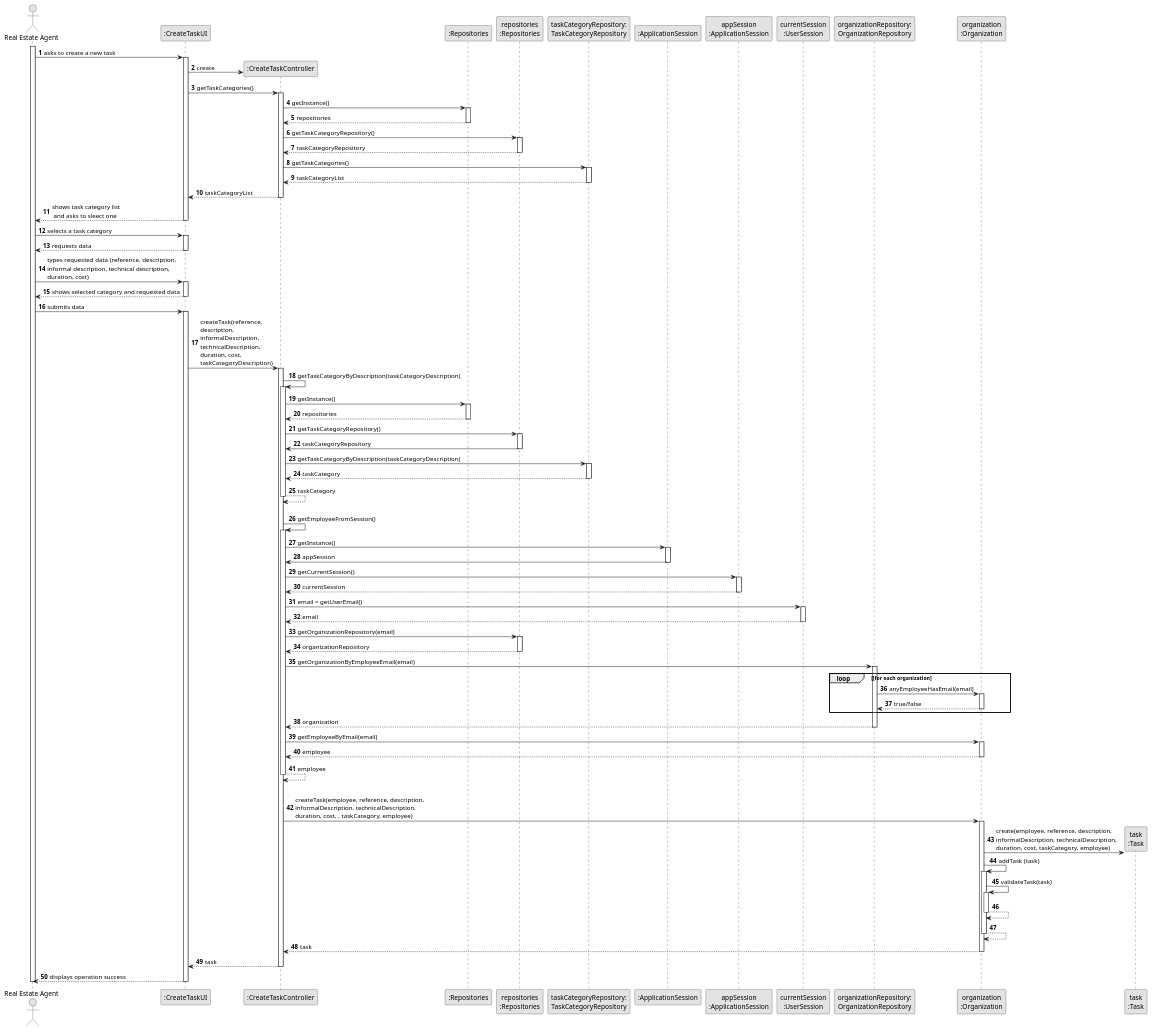
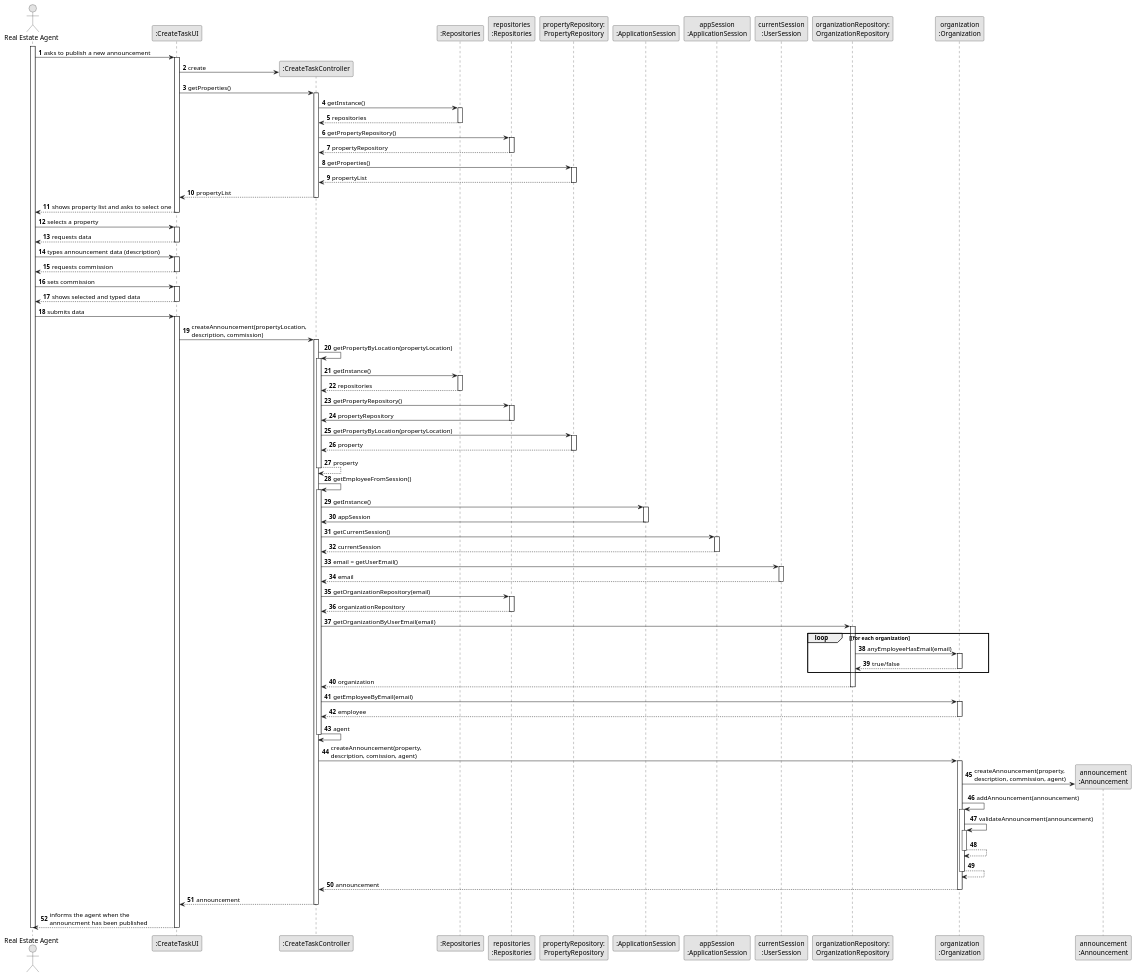
Before and after one commit to Rodrick0209/ISEP-LAPR2-22-23: the diagram in docs/Sprint-B/US002/03.design/puml/us002-sequence-diagram-full.puml, drawn with PlantUML. The commit also changed 59 other files, not shown here.

```diff
--- a/docs/Sprint-B/US002/03.design/puml/us002-sequence-diagram-full.puml
+++ b/docs/Sprint-B/US002/03.design/puml/us002-sequence-diagram-full.puml
@@ -1,180 +1,176 @@
 @startuml
 skinparam monochrome true
 skinparam packageStyle rectangle
 skinparam shadowing false
 
 autonumber
 
 'hide footbox
 actor "Real Estate Agent" as ADM
 participant ":CreateTaskUI" as UI
 participant ":CreateTaskController" as CTRL
 participant ":Repositories" as RepositorySingleton
 participant "repositories\n:Repositories" as PLAT
-participant "taskCategoryRepository:\nTaskCategoryRepository" as TaskCategoryRepository
+participant "propertyRepository:\nPropertyRepository" as PropertyRepository
 participant ":ApplicationSession" as _APP
 participant "appSession\n:ApplicationSession" as APP
 participant "currentSession\n:UserSession" as SESSAO
 participant "organizationRepository:\nOrganizationRepository" as OrganizationRepository
 participant "organization\n:Organization" as ORG
-participant "task\n:Task" as TAREFA
+participant "announcement\n:Announcement" as ANNOUNCE
 
 activate ADM
 
-        ADM -> UI : asks to create a new task
+    ADM -> UI : asks to publish a new announcement
 
-        activate UI
+    activate UI
 
-'            UI --> ADM : requests data (reference, description,  informal \n description, technical description, duration, cost)
-            'create CTRL
-            UI -> CTRL** : create
+        UI -> CTRL** : create
+        UI -> CTRL : getProperties()
+        activate CTRL
+                    CTRL -> RepositorySingleton : getInstance()
+                    activate RepositorySingleton
 
-            UI -> CTRL : getTaskCategories()
-            activate CTRL
+                        RepositorySingleton --> CTRL: repositories
+                    deactivate RepositorySingleton
 
-                CTRL -> RepositorySingleton : getInstance()
-                activate RepositorySingleton
+                    CTRL -> PLAT : getPropertyRepository()
+                    activate PLAT
 
-                    RepositorySingleton --> CTRL: repositories
-                deactivate RepositorySingleton
+                        PLAT --> CTRL: propertyRepository
+                    deactivate PLAT
 
-                CTRL -> PLAT : getTaskCategoryRepository()
-                activate PLAT
+                    CTRL -> PropertyRepository : getProperties()
+                    activate PropertyRepository
 
-                    PLAT --> CTRL: taskCategoryRepository
-                deactivate PLAT
+                        PropertyRepository --> CTRL : propertyList
+                    deactivate PropertyRepository
 
-                CTRL -> TaskCategoryRepository : getTaskCategories()
-                activate TaskCategoryRepository
+            CTRL --> UI : propertyList
+        deactivate CTRL
 
-                    TaskCategoryRepository --> CTRL : taskCategoryList
-                deactivate TaskCategoryRepository
+        UI --> ADM : shows property list and asks to select one
+    deactivate UI
 
-                CTRL --> UI : taskCategoryList
-            deactivate CTRL
-
-            UI --> ADM : shows task category list\n and asks to sleect one
-        deactivate UI
-
-    ADM -> UI : selects a task category
+    ADM -> UI : selects a property
     activate UI
 
         UI --> ADM : requests data
     deactivate UI
 
-    ADM -> UI : types requested data (reference, description, \ninformal description, technical description,\nduration, cost)
+    ADM -> UI : types announcement data (description)
     activate UI
 
-        UI --> ADM : shows selected category and requested data
+        UI --> ADM : requests commission
     deactivate UI
+
+    ADM -> UI : sets commission
+    activate UI
+
+        UI ---> ADM : shows selected and typed data
+        deactivate UI
 
     ADM -> UI : submits data
     activate UI
 
-        UI -> CTRL : createTask(reference,\ndescription,\ninformalDescription,\ntechnicalDescription,\nduration, cost,\ntaskCategoryDescription)
+        UI -> CTRL : createAnnouncement(propertyLocation, \ndescription, commission)
         activate CTRL
 
-            CTRL -> CTRL : getTaskCategoryByDescription(taskCategoryDescription)
+            CTRL -> CTRL : getPropertyByLocation(propertyLocation)
             activate CTRL
 
-                CTRL -> RepositorySingleton : getInstance()
-                activate RepositorySingleton
+               CTRL -> RepositorySingleton : getInstance()
+               activate RepositorySingleton
 
-                    RepositorySingleton --> CTRL: repositories
-                deactivate RepositorySingleton
+                   RepositorySingleton --> CTRL: repositories
+               deactivate RepositorySingleton
 
-                CTRL -> PLAT : getTaskCategoryRepository()
-                activate PLAT
+               CTRL -> PLAT : getPropertyRepository()
+               activate PLAT
 
-                    PLAT -> CTRL : taskCategoryRepository
-                deactivate PLAT
+                   PLAT -> CTRL : propertyRepository
+               deactivate PLAT
 
-                CTRL -> TaskCategoryRepository : getTaskCategoryByDescription(taskCategoryDescription)
-                activate TaskCategoryRepository
+               CTRL -> PropertyRepository : getPropertyByLocation(propertyLocation)
+               activate PropertyRepository
 
-                    TaskCategoryRepository --> CTRL : taskCategory
-                deactivate TaskCategoryRepository
-                    CTRL --> CTRL : taskCategory
+                   PropertyRepository --> CTRL : property
+               deactivate PropertyRepository
+
+                CTRL --> CTRL : property
             deactivate CTRL
 
-            |||
             CTRL -> CTRL : getEmployeeFromSession()
             activate CTRL
 
                 CTRL -> _APP: getInstance()
-                activate _APP
-                    _APP -> CTRL: appSession
-                deactivate _APP
+                        activate _APP
+                            _APP -> CTRL: appSession
+                        deactivate _APP
 
+                        CTRL -> APP: getCurrentSession()
+                        activate APP
 
-                CTRL -> APP: getCurrentSession()
-                activate APP
+                            APP --> CTRL: currentSession
+                        deactivate APP
 
-                    APP --> CTRL: currentSession
-                deactivate APP
+                        CTRL -> SESSAO: email = getUserEmail()
+                        activate SESSAO
 
-                CTRL -> SESSAO: email = getUserEmail()
-                activate SESSAO
+                            SESSAO --> CTRL: email
+                        deactivate SESSAO
 
-                    SESSAO --> CTRL: email
-                deactivate SESSAO
+                        CTRL -> PLAT: getOrganizationRepository(email)
+                        activate PLAT
 
+                            PLAT --> CTRL: organizationRepository
+                        deactivate PLAT
 
-                CTRL -> PLAT: getOrganizationRepository(email)
-                activate PLAT
+                        CTRL -> OrganizationRepository: getOrganizationByUserEmail(email)
+                        activate OrganizationRepository
 
-                    PLAT --> CTRL: organizationRepository
-                deactivate PLAT
+                            loop [for each organization
+                                OrganizationRepository -> ORG : anyEmployeeHasEmail(email)
+                                activate ORG
 
+                                     ORG --> OrganizationRepository : true/false
+                                deactivate ORG
+                            end
 
-                CTRL -> OrganizationRepository: getOrganizationByEmployeeEmail(email)
-                activate OrganizationRepository
+                            OrganizationRepository --> CTRL : organization
 
-                    loop [for each organization
-                        OrganizationRepository -> ORG : anyEmployeeHasEmail(email)
+                        deactivate OrganizationRepository
+
+                        CTRL -> ORG: getEmployeeByEmail(email)
                         activate ORG
 
-                             ORG --> OrganizationRepository : true/false
+                            ORG --> CTRL : employee
                         deactivate ORG
-                    end
-                    OrganizationRepository --> CTRL : organization
-                deactivate OrganizationRepository
-
-                CTRL -> ORG: getEmployeeByEmail(email)
-                activate ORG
-
-                    ORG --> CTRL : employee
-                deactivate ORG
-
-                CTRL --> CTRL : employee
+                CTRL -> CTRL : agent
             deactivate CTRL
 
-            |||
-            CTRL -> ORG: createTask(employee, reference, description,\ninformalDescription, technicalDescription,\nduration, cost, , taskCategory, employee)
+            CTRL -> ORG: createAnnouncement(property, \ndescription, comission, agent)
             activate ORG
 
-                ORG -> TAREFA**: create(employee, reference, description,\ninformalDescription, technicalDescription,\nduration, cost, taskCategory, employee)
-                ORG -> ORG: addTask (task)
+                ORG -> ANNOUNCE**: createAnnouncement(property, \ndescription, commission, agent)
+                        ORG -> ORG: addAnnouncement(announcement)
 
+                        activate ORG
+                            ORG -> ORG: validateAnnouncement(announcement)
+                            activate ORG
+                                ORG --> ORG
+                            deactivate ORG
 
-                activate ORG
-                    ORG -> ORG: validateTask(task)
-                    activate ORG
-                        ORG --> ORG
-                    deactivate ORG
+                            ORG --> ORG
+                        deactivate ORG
 
-                    ORG --> ORG
-                deactivate ORG
-
-                ORG --> CTRL : task
-
+                ORG --> CTRL : announcement
             deactivate ORG
 
-            CTRL --> UI: task
+            CTRL --> UI: announcement
             deactivate CTRL
-            UI --> ADM: displays operation success
+            UI --> ADM: informs the agent when the \nannouncment has been published
     deactivate UI
 
 deactivate ADM
-
 @enduml
```
